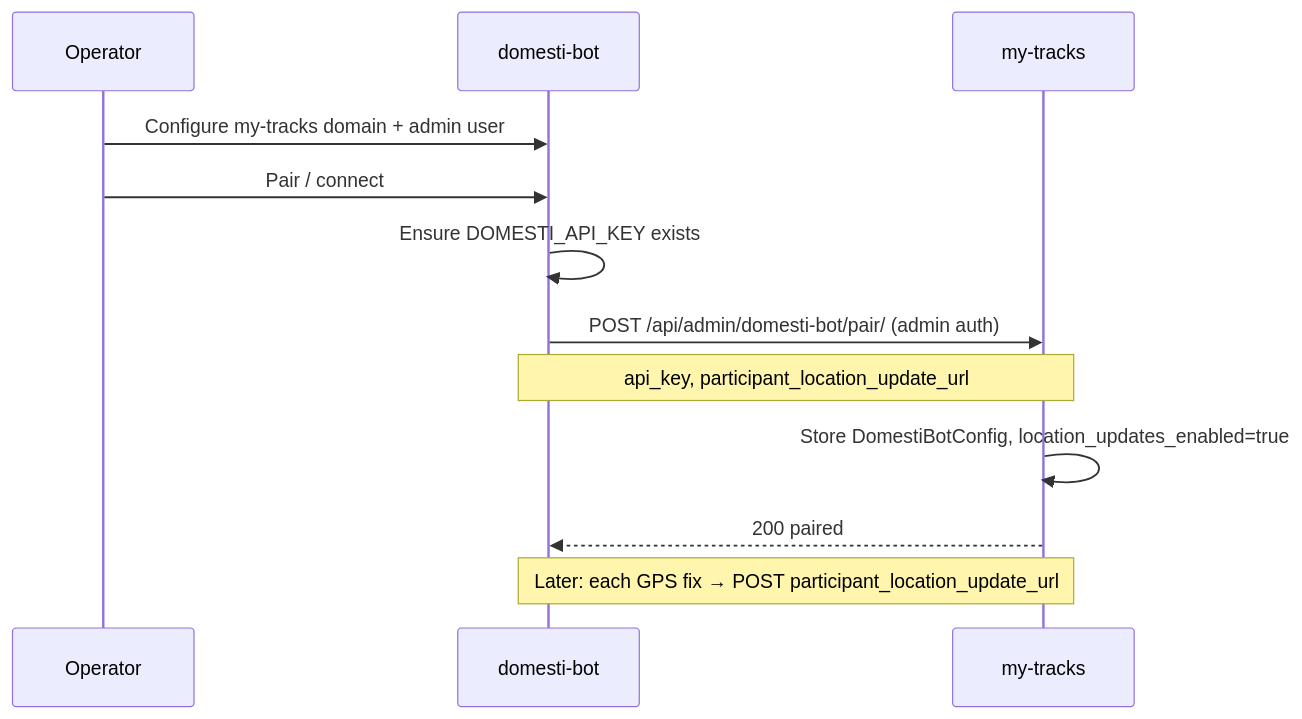
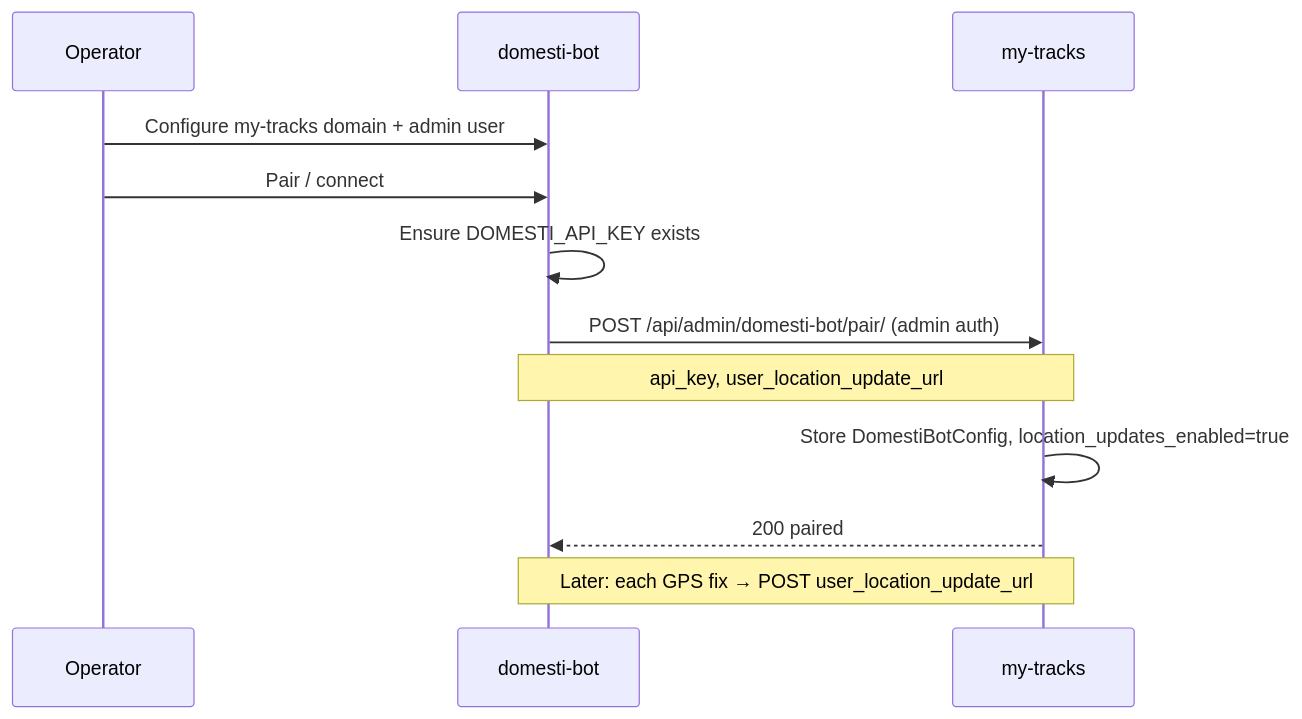
Before and after one commit to the-hcma/my-tracks: the diagram in docs/DOMESTI_BOT_INTEGRATION_PLAN.md, drawn with Mermaid. The commit also changed other lines of this file and 7 other files, not shown here.

First line of the commit message:
refactor: rename domesti-bot pairing URL fields to user_location_* (#1103)

````diff
--- a/docs/DOMESTI_BOT_INTEGRATION_PLAN.md
+++ b/docs/DOMESTI_BOT_INTEGRATION_PLAN.md
@@ -136,15 +136,15 @@
 ```mermaid
 sequenceDiagram
   participant Op as Operator
   participant Bot as domesti-bot
   participant MT as my-tracks
 
   Op->>Bot: Configure my-tracks domain + admin user
   Op->>Bot: Pair / connect
   Bot->>Bot: Ensure DOMESTI_API_KEY exists
   Bot->>MT: POST /api/admin/domesti-bot/pair/ (admin auth)
-  Note over Bot,MT: api_key, participant_location_update_url
+  Note over Bot,MT: api_key, user_location_update_url
   MT->>MT: Store DomestiBotConfig, location_updates_enabled=true
   MT-->>Bot: 200 paired
-  Note over MT,Bot: Later: each GPS fix → POST participant_location_update_url
+  Note over MT,Bot: Later: each GPS fix → POST user_location_update_url
 ```
````
